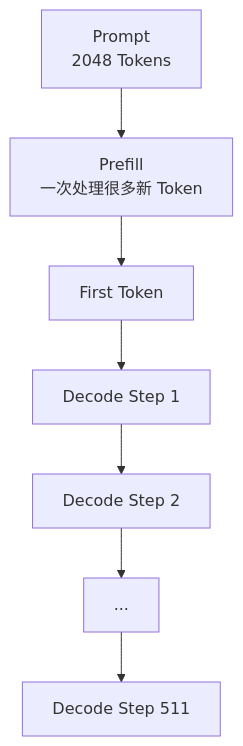
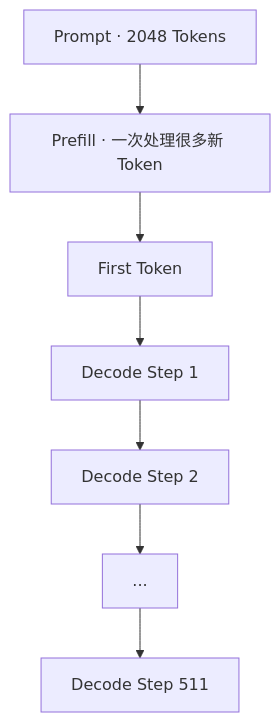
The first of 2 diagrams in docs/fundamentals/prefill-vs-decode-performance.md (AkiYangDev/llm-inference-notes), drawn with Mermaid before and after one commit. The commit also changed other lines of this file and 44 other files, not shown here.

```diff
--- a/docs/fundamentals/prefill-vs-decode-performance.md
+++ b/docs/fundamentals/prefill-vs-decode-performance.md
@@ -31,12 +15,12 @@
 ~~~mermaid
 flowchart TD
-    A["Prompt<br/>2048 Tokens"]
-    B["Prefill<br/>一次处理很多新 Token"]
+    A["Prompt · 2048 Tokens"]
+    B["Prefill · 一次处理很多新 Token"]
     C["First Token"]
     D["Decode Step 1"]
     E["Decode Step 2"]
     F["..."]
     G["Decode Step 511"]
 
     A --> B --> C --> D --> E --> F --> G
 ~~~
```
